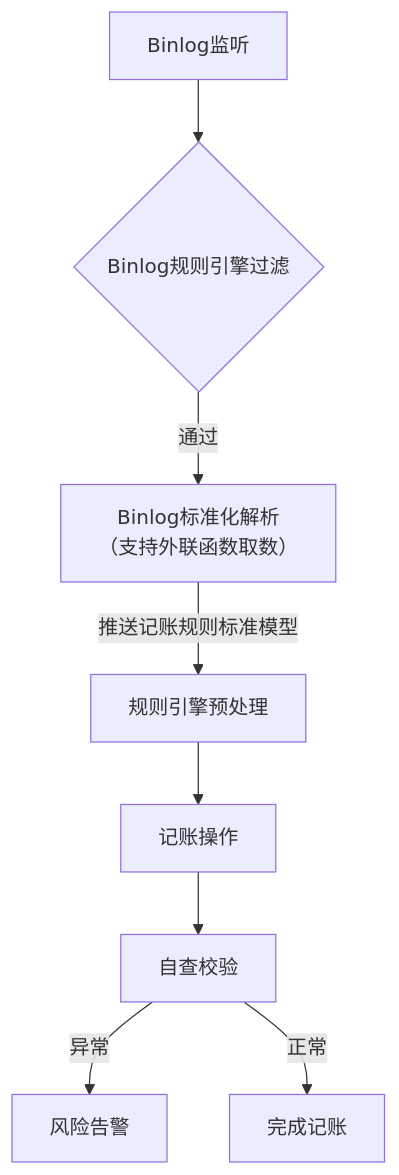
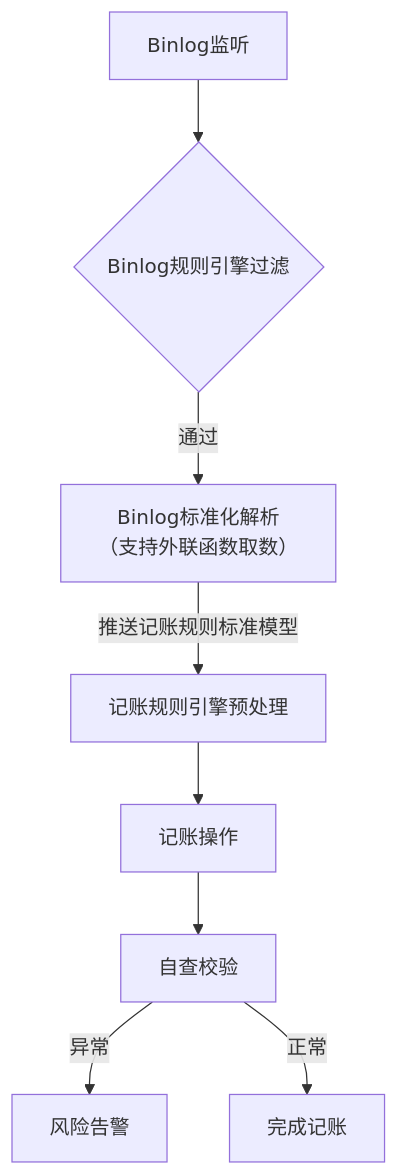
One commit to 87828943/iodraw-files changed the diagram in all/架构流程.md. Above: the diagram before and after it, drawn with Mermaid.

Commit message:
2025-07-07 10:58:46 update

````diff
--- a/all/架构流程.md
+++ b/all/架构流程.md
@@ -1,11 +1,11 @@
 ```mermaid
 graph TD
     A[Binlog监听] --> B{Binlog规则引擎过滤}
     B -->|通过| C[Binlog标准化解析
     （支持外联函数取数）]
-    C --> |推送记账规则标准模型|D[规则引擎预处理]
+    C --> |推送记账规则标准模型|D[记账规则引擎预处理]
     D --> E[记账操作]
     E --> F[自查校验]
     F -->|异常| G[风险告警]
     F -->|正常| H[完成记账]
 ```
````
